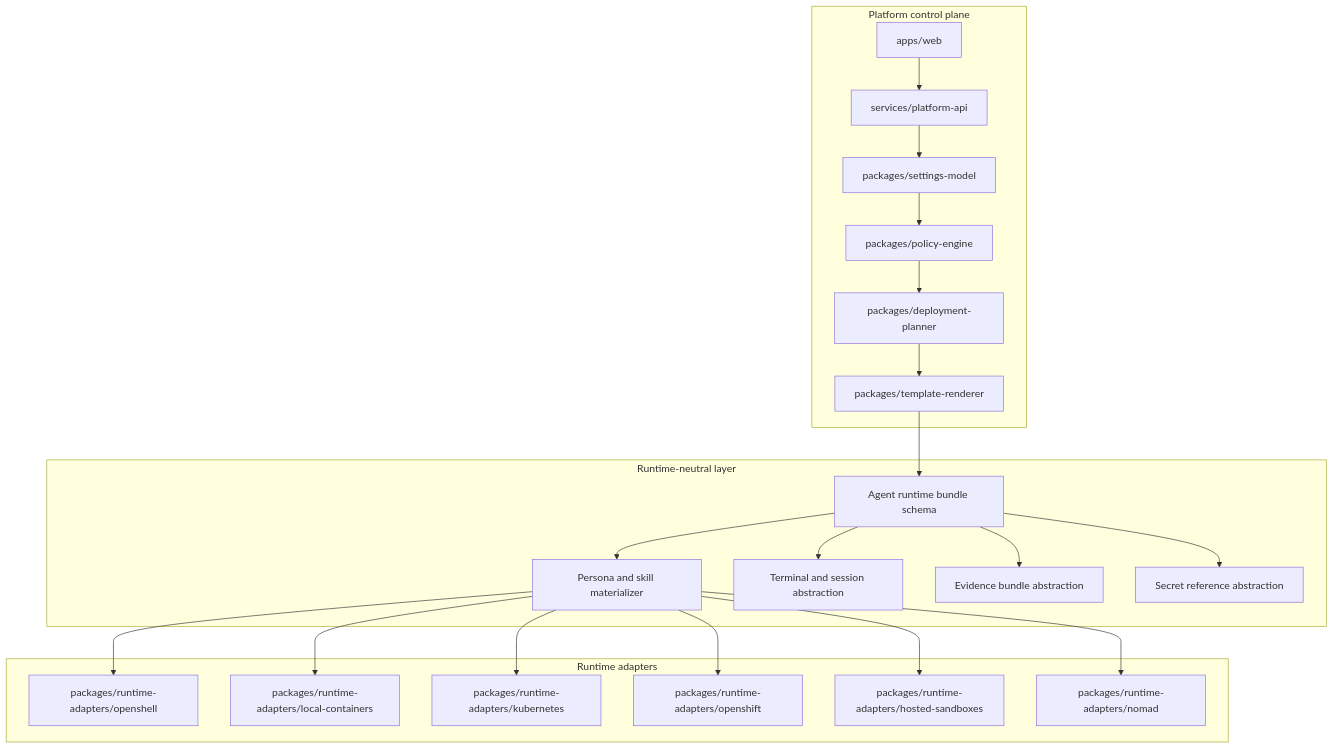
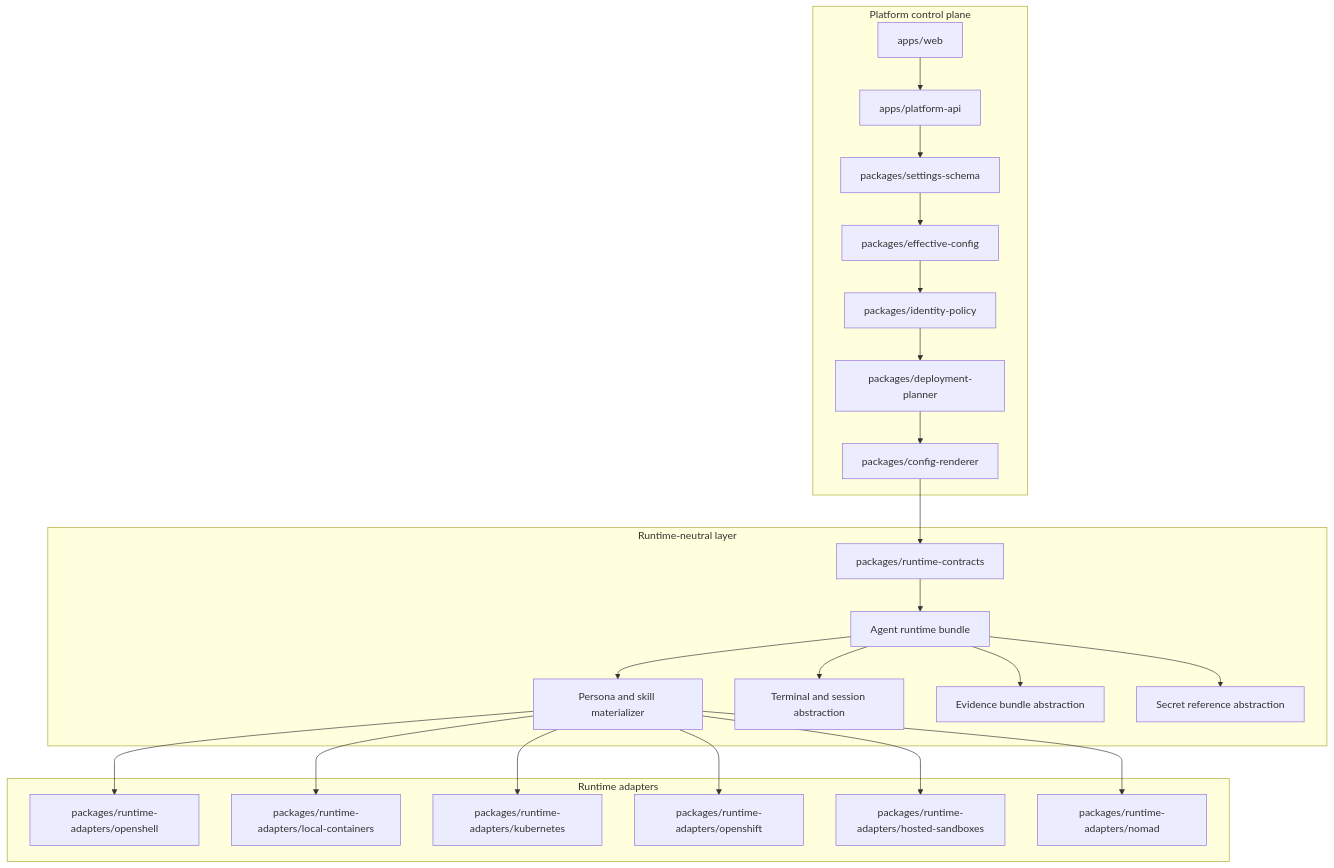
Diagram 11 of 12 in docs/architecture/runtime-execution-environment-evaluation.md (ColtMercer/the-agentic-network-platform), drawn with Mermaid before and after one commit. The commit also changed other lines of this file and 3 other files, not shown here.

````diff
--- a/docs/architecture/runtime-execution-environment-evaluation.md
+++ b/docs/architecture/runtime-execution-environment-evaluation.md
@@ -650,46 +658,50 @@
 ```mermaid
 flowchart TB
     subgraph control["Platform control plane"]
         ui["apps/web"]
-        api["services/platform-api"]
-        settings["packages/settings-model"]
-        policy["packages/policy-engine"]
+        api["apps/platform-api"]
+        settings["packages/settings-schema"]
+        effective["packages/effective-config"]
+        policy["packages/identity-policy"]
         planner["packages/deployment-planner"]
-        renderer["packages/template-renderer"]
+        renderer["packages/config-renderer"]
     end
 
     subgraph neutral["Runtime-neutral layer"]
-        bundle["Agent runtime bundle schema"]
+        contracts["packages/runtime-contracts"]
+        bundle["Agent runtime bundle"]
         personas["Persona and skill materializer"]
         sessions["Terminal and session abstraction"]
         evidence["Evidence bundle abstraction"]
         secrets["Secret reference abstraction"]
     end
 
     subgraph adapters["Runtime adapters"]
         openshell["packages/runtime-adapters/openshell"]
         local["packages/runtime-adapters/local-containers"]
         k8s["packages/runtime-adapters/kubernetes"]
         openshift["packages/runtime-adapters/openshift"]
         hosted["packages/runtime-adapters/hosted-sandboxes"]
         nomad["packages/runtime-adapters/nomad"]
     end
 
     ui --> api
     api --> settings
-    settings --> policy
+    settings --> effective
+    effective --> policy
     policy --> planner
     planner --> renderer
-    renderer --> bundle
+    renderer --> contracts
+    contracts --> bundle
     bundle --> personas
     bundle --> sessions
     bundle --> evidence
     bundle --> secrets
 
     personas --> openshell
     personas --> local
     personas --> k8s
     personas --> openshift
     personas --> hosted
     personas --> nomad
 ```
````
